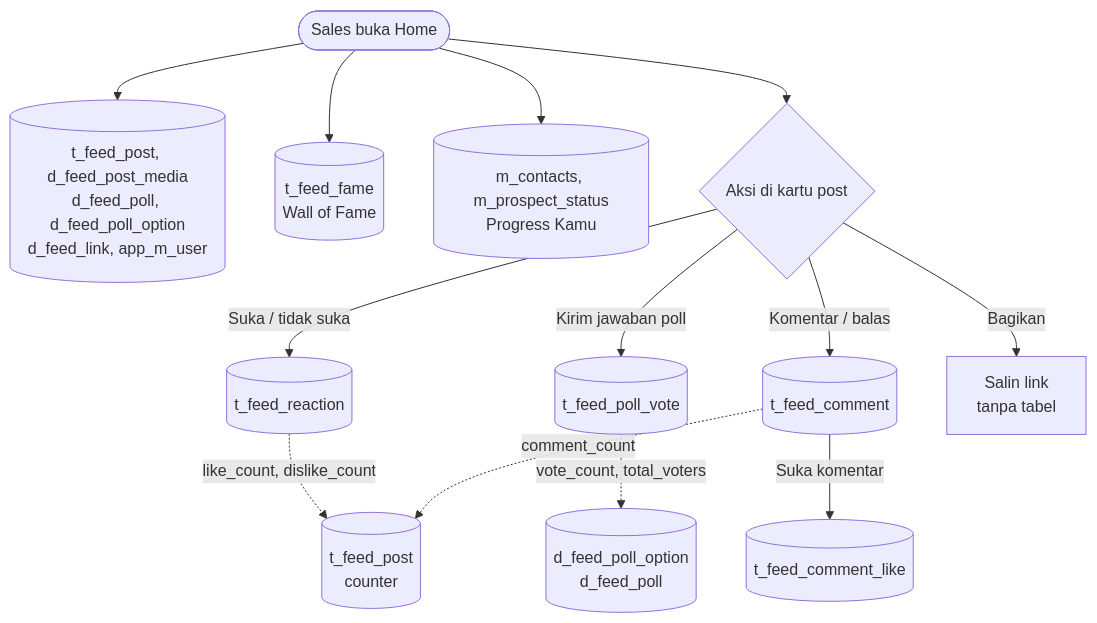
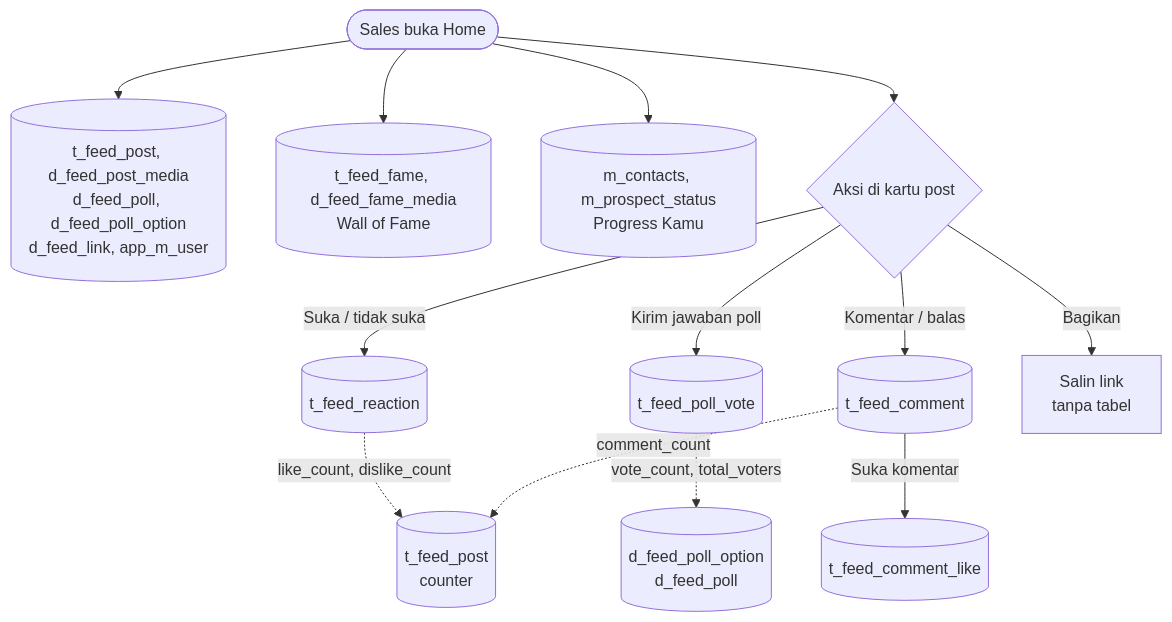
The second of 2 diagrams in docs/marketing-feed-erd.md (devprogressgroup/Paradise_Connect_Mobile_Application_V1), drawn with Mermaid before and after one commit. The commit also changed other lines of this file and 3 other files, not shown here.

````diff
--- a/docs/marketing-feed-erd.md
+++ b/docs/marketing-feed-erd.md
@@ -100,16 +105,16 @@
 ```mermaid
 flowchart TD
     H(["Sales buka Home"])
     H --> R1[("t_feed_post, d_feed_post_media<br/>d_feed_poll, d_feed_poll_option<br/>d_feed_link, app_m_user")]
-    H --> R2[("t_feed_fame<br/>Wall of Fame")]
+    H --> R2[("t_feed_fame, d_feed_fame_media<br/>Wall of Fame")]
     H --> R3[("m_contacts, m_prospect_status<br/>Progress Kamu")]
     H --> X{"Aksi di kartu post"}
     X -->|"Suka / tidak suka"| TR[("t_feed_reaction")]
     X -->|"Kirim jawaban poll"| TV[("t_feed_poll_vote")]
     X -->|"Komentar / balas"| TC[("t_feed_comment")]
     X -->|"Bagikan"| SH["Salin link<br/>tanpa tabel"]
     TC -->|"Suka komentar"| TCL[("t_feed_comment_like")]
     TR -.->|"like_count, dislike_count"| C1[("t_feed_post<br/>counter")]
     TC -.->|"comment_count"| C1
     TV -.->|"vote_count, total_voters"| C2[("d_feed_poll_option<br/>d_feed_poll")]
 ```
````
